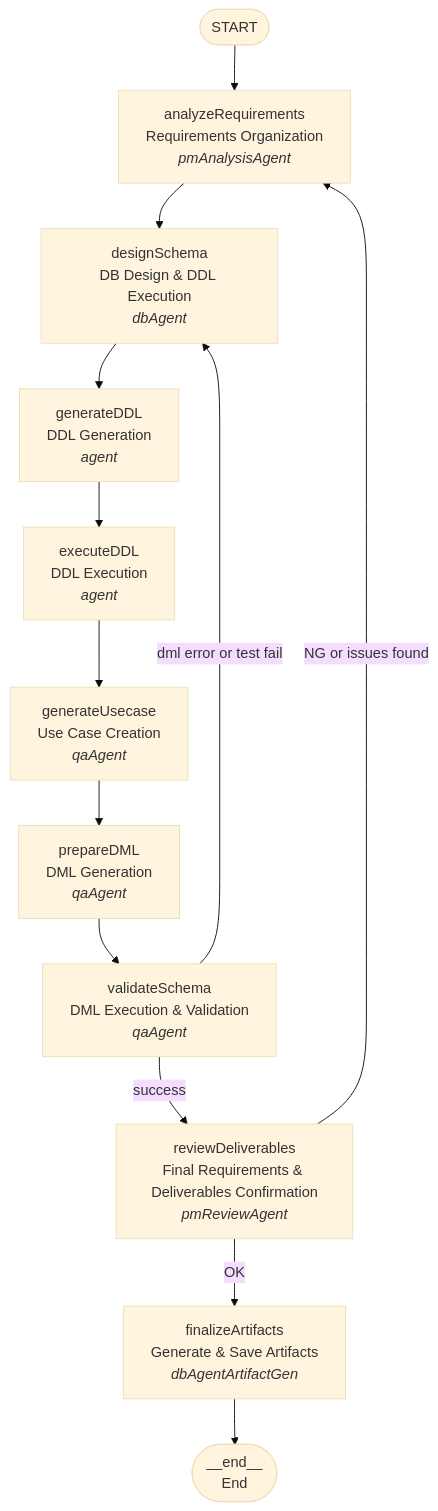
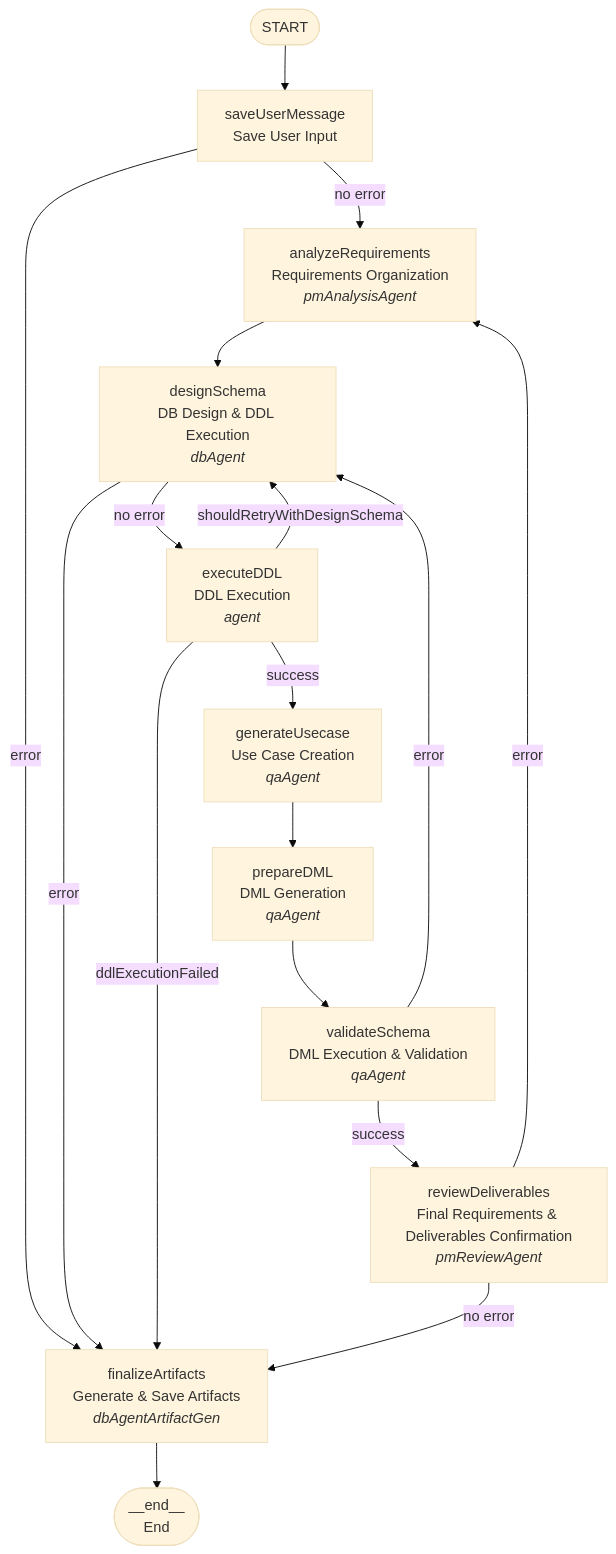
Before and after one commit to yzkee/liam: the diagram in frontend/internal-packages/agent/src/chat/workflow/README.md, drawn with Mermaid (base theme). The commit also changed other lines of this file, not shown here.

````diff
--- a/frontend/internal-packages/agent/src/chat/workflow/README.md
+++ b/frontend/internal-packages/agent/src/chat/workflow/README.md
@@ -7,28 +7,32 @@
 ```mermaid
 flowchart TD
     START([START])
+    SAVE[saveUserMessage<br/>Save User Input]
     ANALYZE[analyzeRequirements<br/>Requirements Organization<br/><i>pmAnalysisAgent</i>]
     DESIGN[designSchema<br/>DB Design & DDL Execution<br/><i>dbAgent</i>]
-    GENERATE_DDL[generateDDL<br/>DDL Generation<br/><i>agent</i>]
     EXECUTE_DDL[executeDDL<br/>DDL Execution<br/><i>agent</i>]
     GENERATE_USECASE[generateUsecase<br/>Use Case Creation<br/><i>qaAgent</i>]
     PREPARE_DML[prepareDML<br/>DML Generation<br/><i>qaAgent</i>]
     VALIDATE[validateSchema<br/>DML Execution & Validation<br/><i>qaAgent</i>]
     REVIEW[reviewDeliverables<br/>Final Requirements & Deliverables Confirmation<br/><i>pmReviewAgent</i>]
     FINALIZE[finalizeArtifacts<br/>Generate & Save Artifacts<br/><i>dbAgentArtifactGen</i>]
     END([__end__<br/>End])
 
-    START --> ANALYZE
+    START --> SAVE
+    SAVE -->|no error| ANALYZE
+    SAVE -->|error| FINALIZE
     ANALYZE --> DESIGN
-    DESIGN --> GENERATE_DDL
-    GENERATE_DDL --> EXECUTE_DDL
-    EXECUTE_DDL --> GENERATE_USECASE
+    DESIGN -->|no error| EXECUTE_DDL
+    DESIGN -->|error| FINALIZE
+    EXECUTE_DDL -->|success| GENERATE_USECASE
+    EXECUTE_DDL -->|shouldRetryWithDesignSchema| DESIGN
+    EXECUTE_DDL -->|ddlExecutionFailed| FINALIZE
     GENERATE_USECASE --> PREPARE_DML
     PREPARE_DML --> VALIDATE
     VALIDATE -->|success| REVIEW
-    VALIDATE -->|dml error or test fail| DESIGN
-    REVIEW -->|OK| FINALIZE
-    REVIEW -->|NG or issues found| ANALYZE
+    VALIDATE -->|error| DESIGN
+    REVIEW -->|no error| FINALIZE
+    REVIEW -->|error| ANALYZE
     FINALIZE --> END
 
 ```
````
